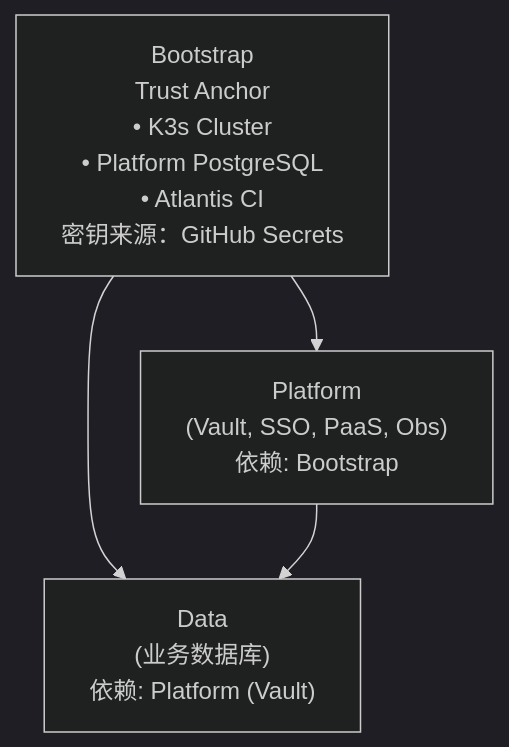
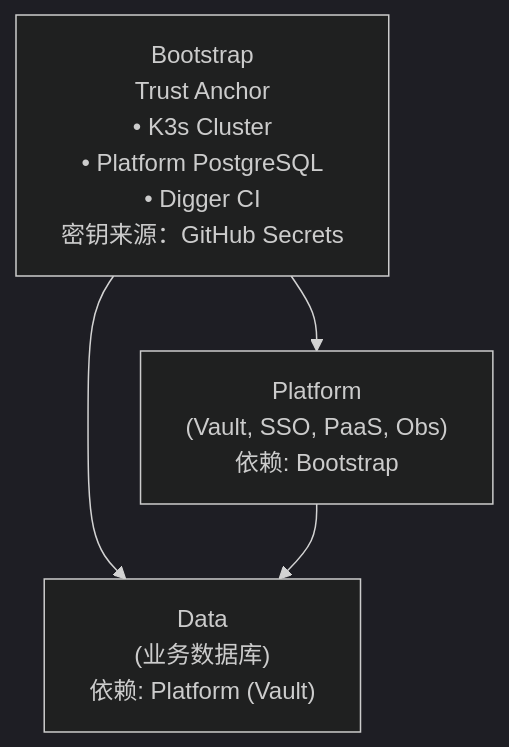
One commit to wangzitian0/infra changed the diagram in docs/ssot/README.md. Above: the diagram before and after it, drawn with Mermaid (dark theme). The commit also changed other lines of this file and 7 other files, not shown here.

````diff
--- a/docs/ssot/README.md
+++ b/docs/ssot/README.md
@@ -93,10 +90,10 @@
 ```mermaid
 flowchart TB
-    B["Bootstrap<br/>Trust Anchor<br/>• K3s Cluster<br/>• Platform PostgreSQL<br/>• Atlantis CI<br/>密钥来源：GitHub Secrets"]
+    B["Bootstrap<br/>Trust Anchor<br/>• K3s Cluster<br/>• Platform PostgreSQL<br/>• Digger CI<br/>密钥来源：GitHub Secrets"]
     P["Platform<br/>(Vault, SSO, PaaS, Obs)<br/>依赖: Bootstrap"]
     D["Data<br/>(业务数据库)<br/>依赖: Platform (Vault)"]
 
     B --> P
     B --> D
     P --> D
 ```
````
